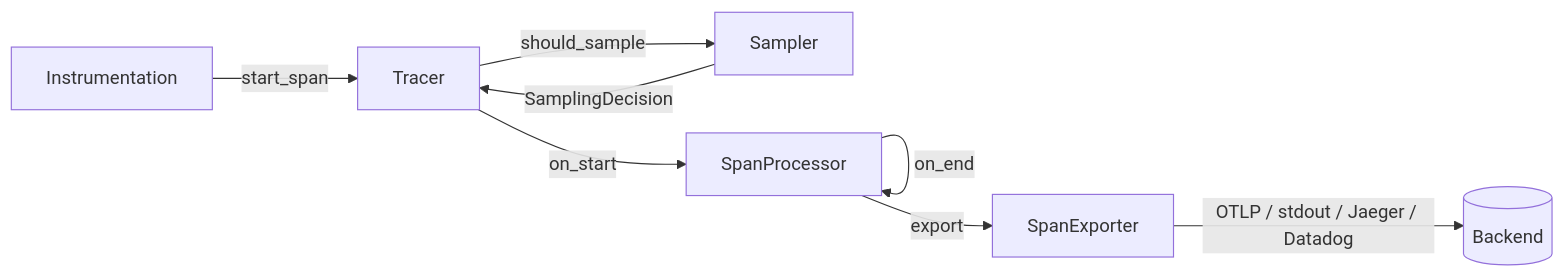
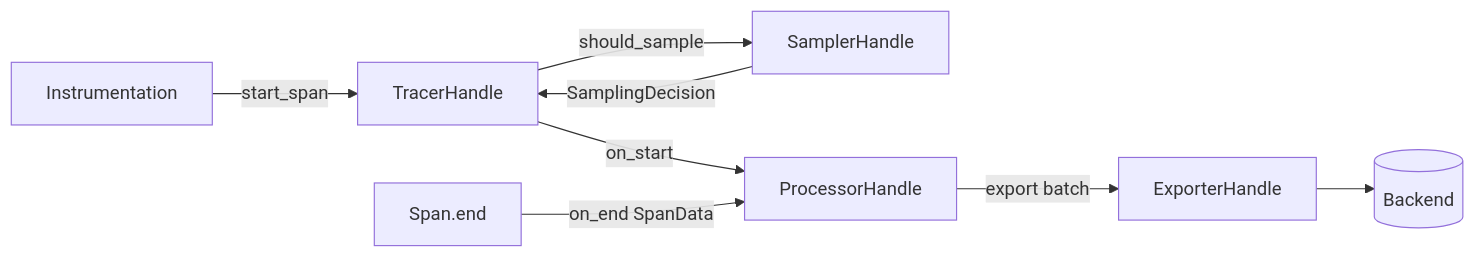
One commit to verum-lang/website changed the diagram in docs/stdlib/tracing.md. Above: the diagram before and after it, drawn with Mermaid. The commit also changed other lines of this file, not shown here.

````diff
--- a/docs/stdlib/tracing.md
+++ b/docs/stdlib/tracing.md
@@ -43,10 +69,10 @@
 ```mermaid
 flowchart LR
-    I[Instrumentation] -->|start_span| T[Tracer]
-    T -->|should_sample| S[Sampler]
+    I[Instrumentation] -->|start_span| T[TracerHandle]
+    T -->|should_sample| S[SamplerHandle]
     S -->|SamplingDecision| T
-    T -->|on_start| P[SpanProcessor]
-    P -->|on_end| P
-    P -->|export| E[SpanExporter]
-    E -->|OTLP / stdout / Jaeger / Datadog| Back[(Backend)]
+    T -->|on_start| P[ProcessorHandle]
+    Sp[Span.end] -->|on_end SpanData| P
+    P -->|export batch| E[ExporterHandle]
+    E --> Back[(Backend)]
 ```
````
